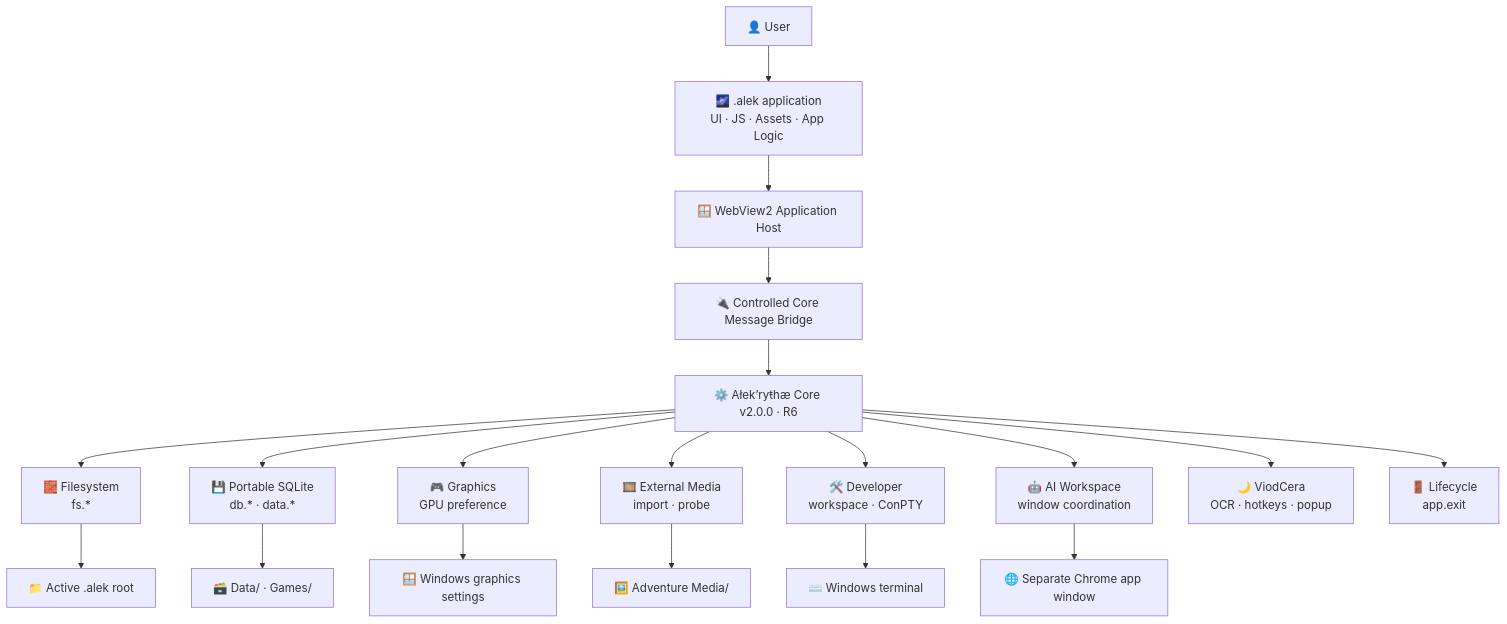
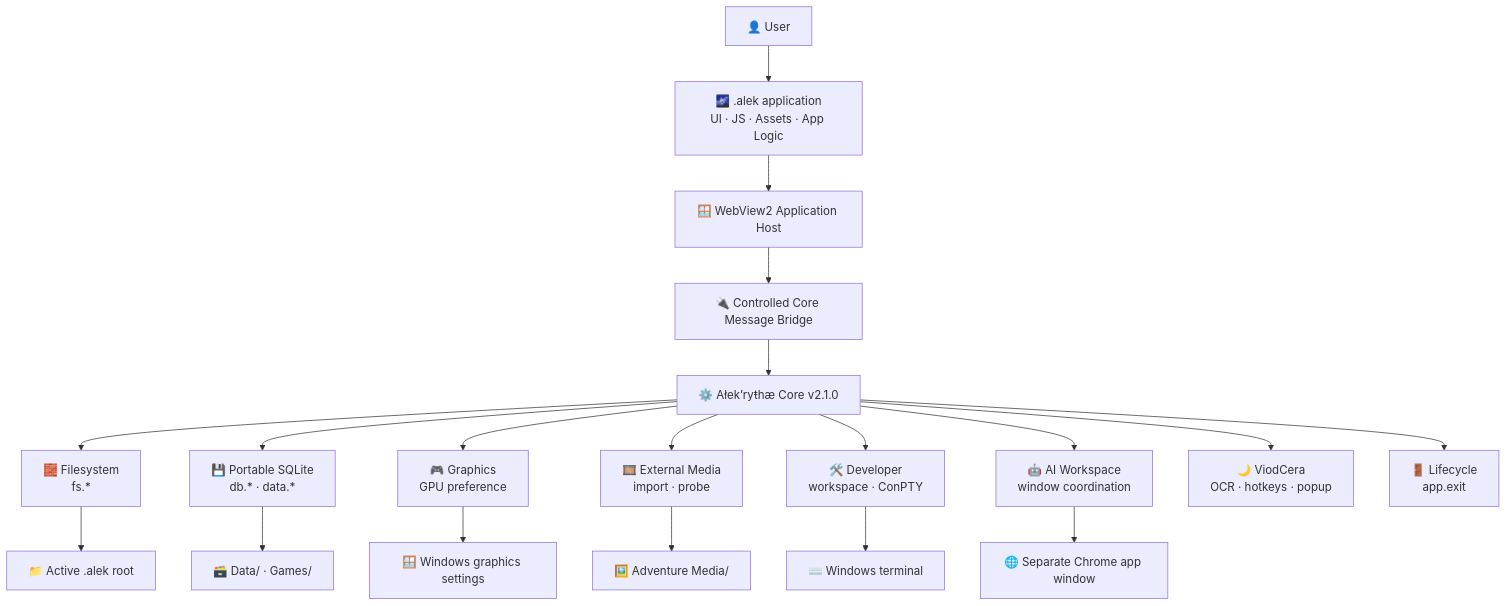
One commit to TheDEvorger/Alekrythae-Core changed the third of 4 diagrams in README.md. Above: the diagram before and after it, drawn with Mermaid. The commit also changed other lines of this file and 89 other files, not shown here.

````diff
--- a/README.md
+++ b/README.md
@@ -145,45 +464,45 @@
 ```mermaid
 flowchart TB
     USER["👤 User"]
     ALEK["🌌 .alek application<br/>UI · JS · Assets · App Logic"]
     HOST["🪟 WebView2 Application Host"]
     BRIDGE["🔌 Controlled Core Message Bridge"]
-    CORE["⚙️ Ałek’ryŧhæ Core v2.0.0 · R6"]
+    CORE["⚙️ Ałek’ryŧhæ Core v2.1.0"]
 
     FS["🧱 Filesystem<br/>fs.*"]
     DB["💾 Portable SQLite<br/>db.* · data.*"]
     GPU["🎮 Graphics<br/>GPU preference"]
     MEDIA["🎞️ External Media<br/>import · probe"]
     DEV["🛠️ Developer<br/>workspace · ConPTY"]
     AI["🤖 AI Workspace<br/>window coordination"]
     VC["🌙 ViodCera<br/>OCR · hotkeys · popup"]
     LIFE["🚪 Lifecycle<br/>app.exit"]
 
     ROOT["📁 Active .alek root"]
     STORES["🗃️ Data/ · Games/"]
     WIN["🪟 Windows graphics settings"]
     AMEDIA["🖼️ Adventure Media/"]
     SHELL["⌨️ Windows terminal"]
     CHROME["🌐 Separate Chrome app window"]
 
     USER --> ALEK
     ALEK --> HOST
     HOST --> BRIDGE
     BRIDGE --> CORE
 
     CORE --> FS
     CORE --> DB
     CORE --> GPU
     CORE --> MEDIA
     CORE --> DEV
     CORE --> AI
     CORE --> VC
     CORE --> LIFE
 
     FS --> ROOT
     DB --> STORES
     GPU --> WIN
     MEDIA --> AMEDIA
     DEV --> SHELL
     AI --> CHROME
 ```
````
